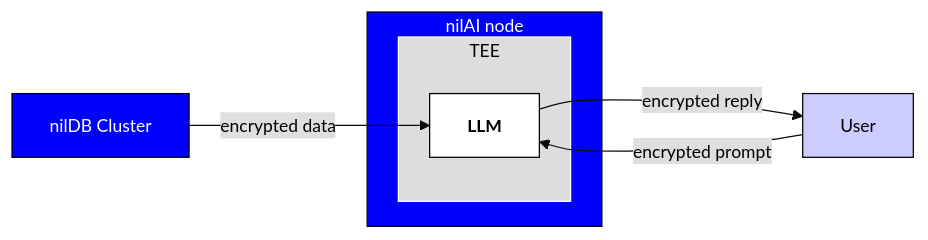
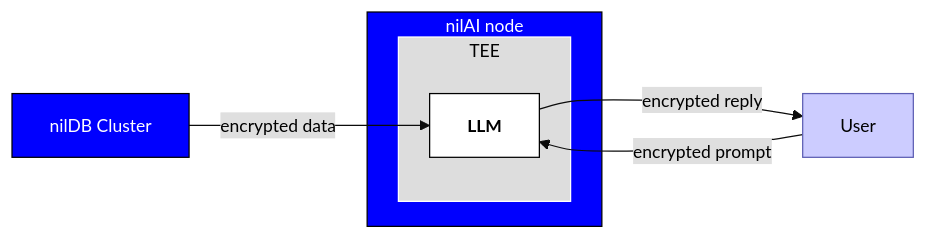
The second of 2 diagrams in docs/learn/blind-modules.md (NillionNetwork/nillion-docs), drawn with Mermaid before and after one commit. The commit also changed other lines of this file and 2 other files, not shown here.

Commit message:
docs: sync styles/text/links on architecture/modules pages

````diff
--- a/docs/learn/blind-modules.md
+++ b/docs/learn/blind-modules.md
@@ -67,34 +67,34 @@
 ```mermaid
 %%{
     init: {
         'theme': 'base',
         'themeVariables': {
             'fontSize': '14px',
             'primaryTextColor': '#000000',
             'primaryBorderColor': '#000000',
             'secondaryBorderColor': '#000000',
             'tertiaryBorderColor': '#000000',
             'edgeLabelBackground': '#DFDFDF'
         }
     }
 }%%
 graph LR
     linkStyle default interpolate basis
 
     subgraph NILAI ["nilAI node<br/>"]
         TEE
     end
     style NILAI fill:#0000FF,color:#FFFFFF
 
     subgraph TEE
-        L
+        LLM
     end
     style TEE fill:#DDDDDD,stroke:#FFFFFF,color:#000000
-    style L fill:#FFFFFF,stroke:#000000,color:#000000
+    style LLM fill:#FFFFFF,stroke:#000000,color:#000000
 
-    U[User] -->|encrypted prompt| L[<b>LLM</b>]
-    L  -->|encrypted reply| U
-    NILDB[nilDB Cluster] -->|encrypted data| L
-    style U fill:#CCCCFF,stroke:#000000
-    style NILDB fill:#0000FF,color:#FFFFFF
+    USER[User] -->|encrypted prompt| LLM[<b>LLM</b>]
+    LLM  -->|encrypted reply| USER
+    NILDB[nilDB Cluster] -->|encrypted data| LLM
+    style USER fill:#CCCCFF,stroke:#5C5DB3
+    style NILDB fill:#0000FF,stroke:#000000,color:#FFFFFF
 ```
````
